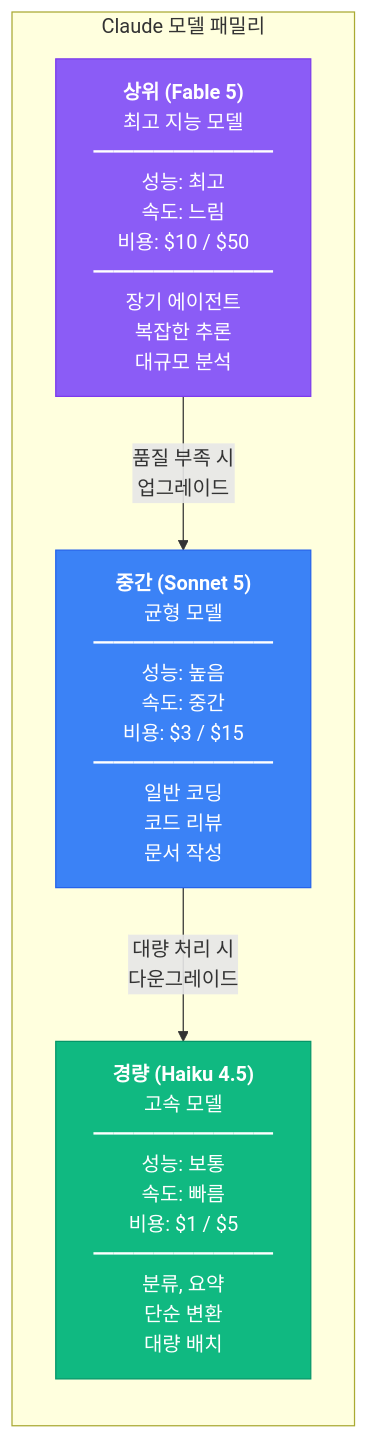
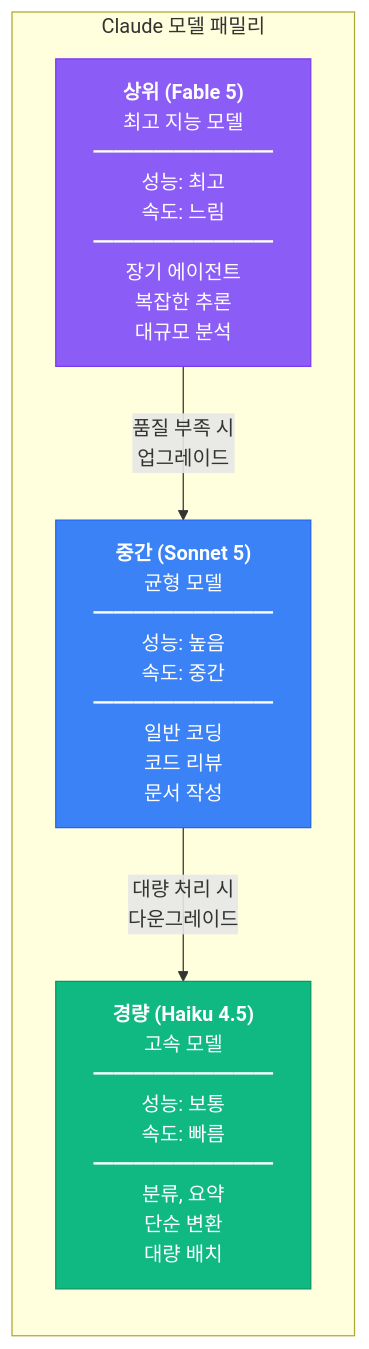
One commit to GYUTORY/YGSTUDY changed the first of 6 diagrams in Develop/AI/Claude/Claude.md. Above: the diagram before and after it, drawn with Mermaid. The commit also changed other lines of this file and 513 other files, not shown here.

````diff
--- a/Develop/AI/Claude/Claude.md
+++ b/Develop/AI/Claude/Claude.md
@@ -24,16 +24,16 @@
 ```mermaid
 graph LR
     subgraph Claude 모델 패밀리
         direction TB
-        O["<b>상위 (Fable 5)</b><br/>최고 지능 모델<br/>━━━━━━━━━<br/>성능: 최고<br/>속도: 느림<br/>비용: $10 / $50<br/>━━━━━━━━━<br/>장기 에이전트<br/>복잡한 추론<br/>대규모 분석"]
-        S["<b>중간 (Sonnet 5)</b><br/>균형 모델<br/>━━━━━━━━━<br/>성능: 높음<br/>속도: 중간<br/>비용: $3 / $15<br/>━━━━━━━━━<br/>일반 코딩<br/>코드 리뷰<br/>문서 작성"]
-        H["<b>경량 (Haiku 4.5)</b><br/>고속 모델<br/>━━━━━━━━━<br/>성능: 보통<br/>속도: 빠름<br/>비용: $1 / $5<br/>━━━━━━━━━<br/>분류, 요약<br/>단순 변환<br/>대량 배치"]
+        O["<b>상위 (Fable 5)</b><br/>최고 지능 모델<br/>━━━━━━━━━<br/>성능: 최고<br/>속도: 느림<br/>━━━━━━━━━<br/>장기 에이전트<br/>복잡한 추론<br/>대규모 분석"]
+        S["<b>중간 (Sonnet 5)</b><br/>균형 모델<br/>━━━━━━━━━<br/>성능: 높음<br/>속도: 중간<br/>━━━━━━━━━<br/>일반 코딩<br/>코드 리뷰<br/>문서 작성"]
+        H["<b>경량 (Haiku 4.5)</b><br/>고속 모델<br/>━━━━━━━━━<br/>성능: 보통<br/>속도: 빠름<br/>━━━━━━━━━<br/>분류, 요약<br/>단순 변환<br/>대량 배치"]
     end
 
     O -->|"품질 부족 시<br/>업그레이드"| S
     S -->|"대량 처리 시<br/>다운그레이드"| H
 
     style O fill:#8b5cf6,stroke:#7c3aed,color:#fff
     style S fill:#3b82f6,stroke:#2563eb,color:#fff
     style H fill:#10b981,stroke:#059669,color:#fff
 ```
````
